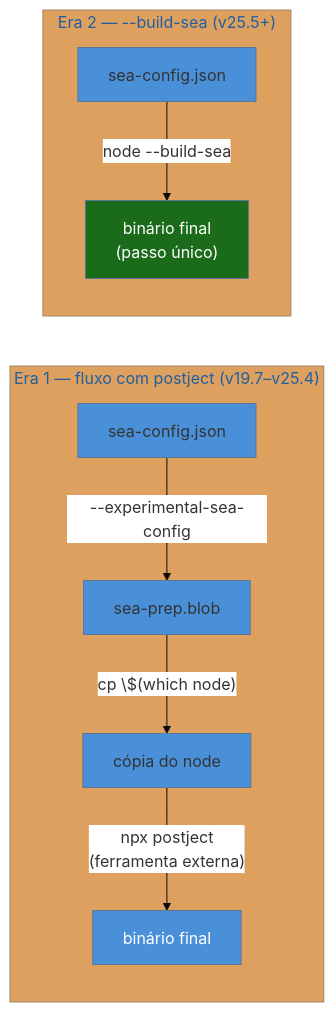
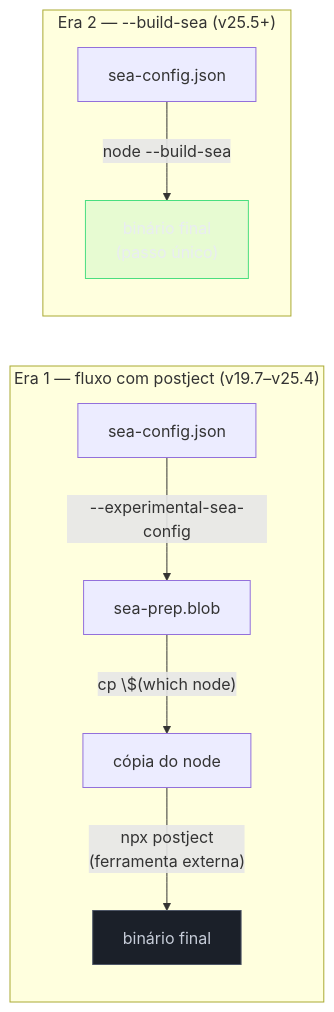
The first of 6 diagrams in 03-Dominios/Tecnologia/Tooling e Build/22 - Single Executable Apps (SEA) e empacotamento.md (josenaldo/codex-technomanticus), drawn with Mermaid before and after one commit. The commit also changed other lines of this file and 1181 other files, not shown here.

First line of the commit message:
fix(diagramas): paleta do sistema no lugar de cor cravada no markdown

````diff
--- a/03-Dominios/Tecnologia/Tooling e Build/22 - Single Executable Apps (SEA) e empacotamento.md
+++ b/03-Dominios/Tecnologia/Tooling e Build/22 - Single Executable Apps (SEA) e empacotamento.md
@@ -110,16 +110,17 @@
 ```mermaid
-%%{init: {"theme": "base", "themeVariables": {"primaryColor": "#4A90D9", "edgeLabelBackground": "#fff"}}}%%
 flowchart LR
+    classDef neutro fill:#1B2029,stroke:#4E5666,color:#C6CCD8
+    classDef ok fill:#4ADE8021,stroke:#4ADE80,color:#E9ECF2
     subgraph "Era 1 — fluxo com postject (v19.7–v25.4)"
         A1["sea-config.json"] -->|"--experimental-sea-config"| A2["sea-prep.blob"]
         A2 -->|"cp \$(which node)"| A3["cópia do node"]
         A3 -->|"npx postject\n(ferramenta externa)"| A4["binário final"]
     end
 
     subgraph "Era 2 — --build-sea (v25.5+)"
         B1["sea-config.json"] -->|"node --build-sea"| B2["binário final\n(passo único)"]
     end
 
-    style A4 fill:#4A90D9,color:#fff
-    style B2 fill:#1a6b1a,color:#fff
+    class A4 neutro
+    class B2 ok
 ```
````
